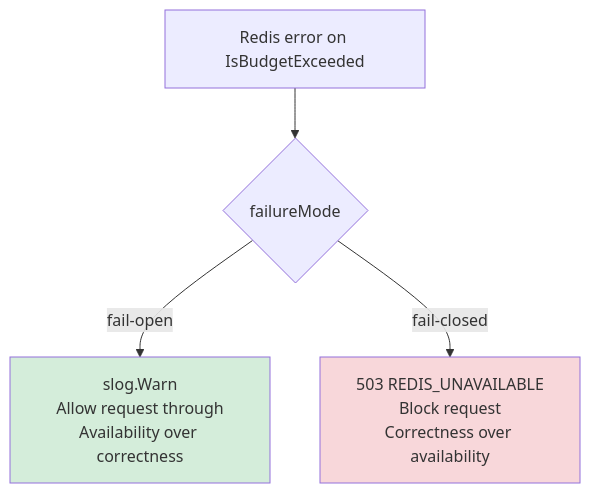
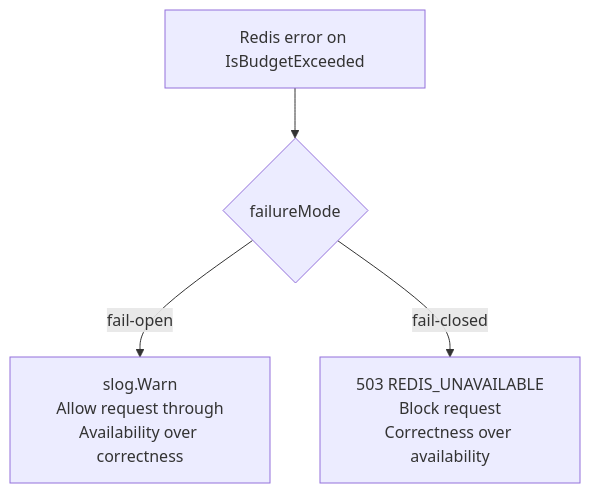
Before and after one commit to vigneshvn1995/agentmesh: diagram 13 of 17 in docs/architecture.md, drawn with Mermaid. The commit also changed other lines of this file and 1 other file, not shown here.

First line of the commit message:
fix: restore README encoding and repair mermaid diagrams in architecture.md

````diff
--- a/docs/architecture.md
+++ b/docs/architecture.md
@@ -524,9 +521,6 @@
 ```mermaid
 flowchart TD
     A[Redis error on IsBudgetExceeded] --> B{failureMode}
-    B -->|fail-open| C[slog.Warn\nAllow request through\nAvailability over correctness]
-    B -->|fail-closed| D[503 REDIS_UNAVAILABLE\nBlock request\nCorrectness over availability]
-
-    style C fill:#d4edda
-    style D fill:#f8d7da
+    B -->|fail-open| C[slog.Warn<br>Allow request through<br>Availability over correctness]
+    B -->|fail-closed| D[503 REDIS_UNAVAILABLE<br>Block request<br>Correctness over availability]
 ```
````
